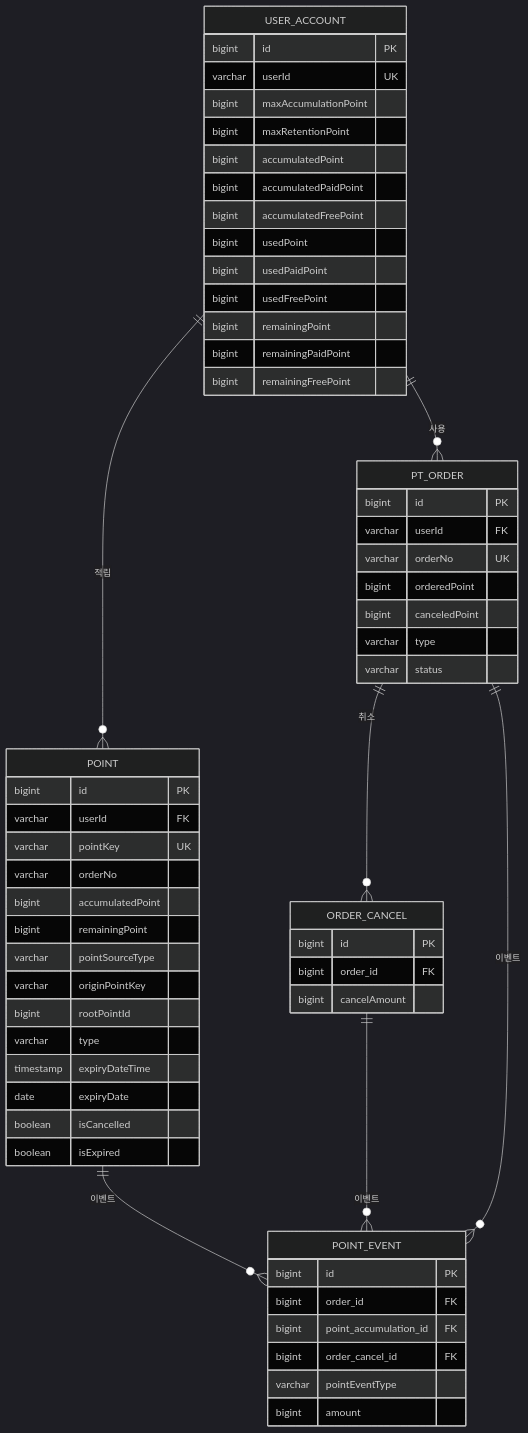
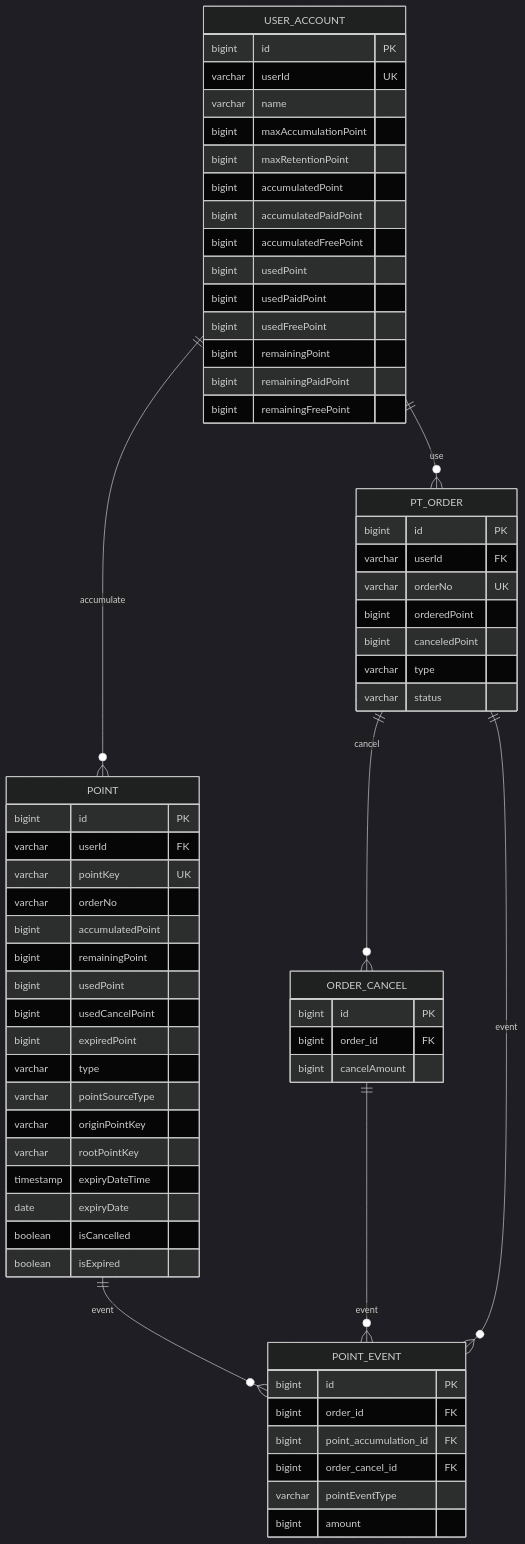
The second of 2 diagrams in docs/데이터베이스 설계.md (muzzaiwork/point), drawn with Mermaid (dark theme) before and after one commit. The commit also changed other lines of this file, not shown here.

Commit message:
docs: ERD 한글/영문 두 버전으로 재작성 (코드 기준 필드 정확히 반영)

````diff
--- a/docs/데이터베이스 설계.md
+++ b/docs/데이터베이스 설계.md
@@ -9,68 +86,72 @@
 ```mermaid
 erDiagram
-    USER_ACCOUNT ||--o{ POINT : "적립"
-    USER_ACCOUNT ||--o{ PT_ORDER : "사용"
-    PT_ORDER ||--o{ ORDER_CANCEL : "취소"
-    PT_ORDER ||--o{ POINT_EVENT : "이벤트"
-    POINT ||--o{ POINT_EVENT : "이벤트"
-    ORDER_CANCEL ||--o{ POINT_EVENT : "이벤트"
+    USER_ACCOUNT ||--o{ POINT : "accumulate"
+    USER_ACCOUNT ||--o{ PT_ORDER : "use"
+    PT_ORDER ||--o{ ORDER_CANCEL : "cancel"
+    PT_ORDER ||--o{ POINT_EVENT : "event"
+    POINT ||--o{ POINT_EVENT : "event"
+    ORDER_CANCEL ||--o{ POINT_EVENT : "event"
 
     USER_ACCOUNT {
         bigint id PK
         varchar userId UK
+        varchar name
         bigint maxAccumulationPoint
         bigint maxRetentionPoint
         bigint accumulatedPoint
         bigint accumulatedPaidPoint
         bigint accumulatedFreePoint
         bigint usedPoint
         bigint usedPaidPoint
         bigint usedFreePoint
         bigint remainingPoint
         bigint remainingPaidPoint
         bigint remainingFreePoint
     }
 
     POINT {
         bigint id PK
         varchar userId FK
         varchar pointKey UK
         varchar orderNo
         bigint accumulatedPoint
         bigint remainingPoint
+        bigint usedPoint
+        bigint usedCancelPoint
+        bigint expiredPoint
+        varchar type
         varchar pointSourceType
         varchar originPointKey
-        bigint rootPointId
-        varchar type
+        varchar rootPointKey
         timestamp expiryDateTime
         date expiryDate
         boolean isCancelled
         boolean isExpired
     }
 
     PT_ORDER {
         bigint id PK
         varchar userId FK
         varchar orderNo UK
         bigint orderedPoint
         bigint canceledPoint
         varchar type
         varchar status
     }
 
     ORDER_CANCEL {
         bigint id PK
         bigint order_id FK
         bigint cancelAmount
     }
 
     POINT_EVENT {
         bigint id PK
         bigint order_id FK
         bigint point_accumulation_id FK
         bigint order_cancel_id FK
         varchar pointEventType
         bigint amount
     }
 
 ```
````
